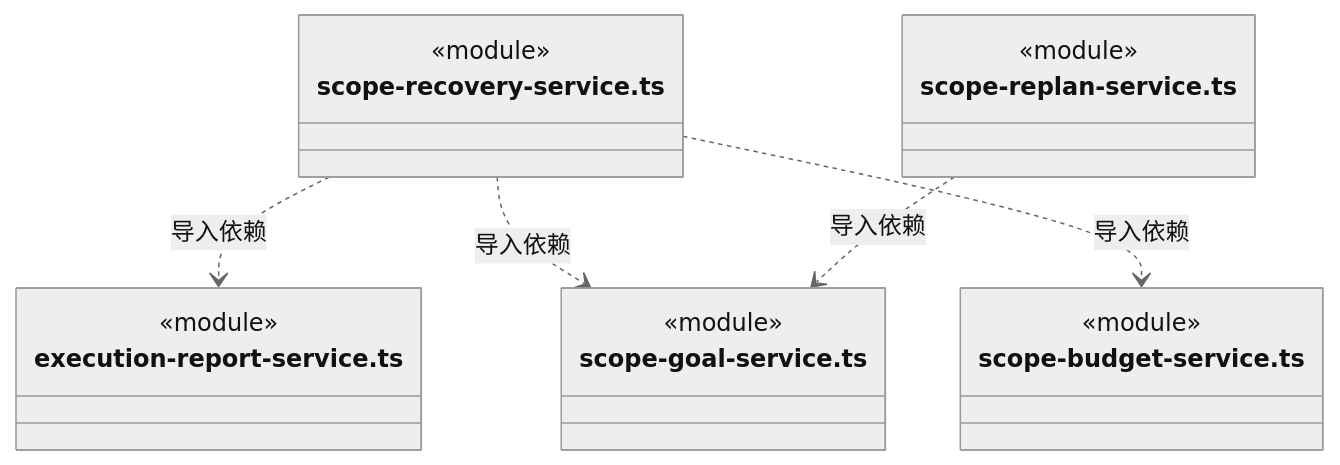
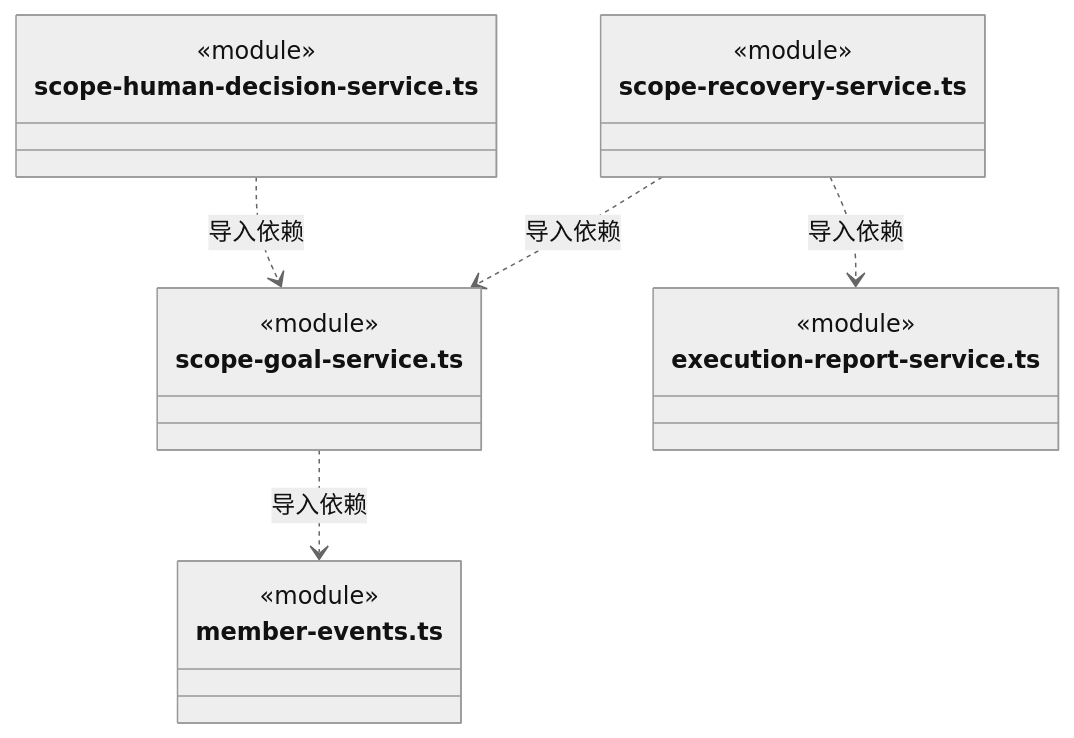
Diagram 54 of 59 in src/backend/scheduler-engine/execution/ARCHITECTURE.md (nan023062/cbim), drawn with Mermaid (neutral theme) before and after one commit. The commit also changed other lines of this file and 52 other files, not shown here.

````diff
--- a/src/backend/scheduler-engine/execution/ARCHITECTURE.md
+++ b/src/backend/scheduler-engine/execution/ARCHITECTURE.md
@@ -1378,22 +1440,22 @@
 ```mermaid
 classDiagram
+class N_src_backend_scheduler_engine_execution_scope_goal_service_ts["scope-goal-service.ts"] {
+  <<module>>
+}
+class N_src_backend_scheduler_engine_execution_member_events_ts["member-events.ts"] {
+  <<module>>
+}
+class N_src_backend_scheduler_engine_execution_scope_human_decision_service_ts["scope-human-decision-service.ts"] {
+  <<module>>
+}
 class N_src_backend_scheduler_engine_execution_scope_recovery_service_ts["scope-recovery-service.ts"] {
   <<module>>
 }
 class N_src_backend_scheduler_engine_execution_execution_report_service_ts["execution-report-service.ts"] {
   <<module>>
 }
-class N_src_backend_scheduler_engine_execution_scope_goal_service_ts["scope-goal-service.ts"] {
-  <<module>>
-}
-class N_src_backend_scheduler_engine_execution_scope_budget_service_ts["scope-budget-service.ts"] {
-  <<module>>
-}
-class N_src_backend_scheduler_engine_execution_scope_replan_service_ts["scope-replan-service.ts"] {
-  <<module>>
-}
+N_src_backend_scheduler_engine_execution_scope_goal_service_ts ..> N_src_backend_scheduler_engine_execution_member_events_ts : 导入依赖
+N_src_backend_scheduler_engine_execution_scope_human_decision_service_ts ..> N_src_backend_scheduler_engine_execution_scope_goal_service_ts : 导入依赖
 N_src_backend_scheduler_engine_execution_scope_recovery_service_ts ..> N_src_backend_scheduler_engine_execution_execution_report_service_ts : 导入依赖
 N_src_backend_scheduler_engine_execution_scope_recovery_service_ts ..> N_src_backend_scheduler_engine_execution_scope_goal_service_ts : 导入依赖
-N_src_backend_scheduler_engine_execution_scope_recovery_service_ts ..> N_src_backend_scheduler_engine_execution_scope_budget_service_ts : 导入依赖
-N_src_backend_scheduler_engine_execution_scope_replan_service_ts ..> N_src_backend_scheduler_engine_execution_scope_goal_service_ts : 导入依赖
 ```
````
